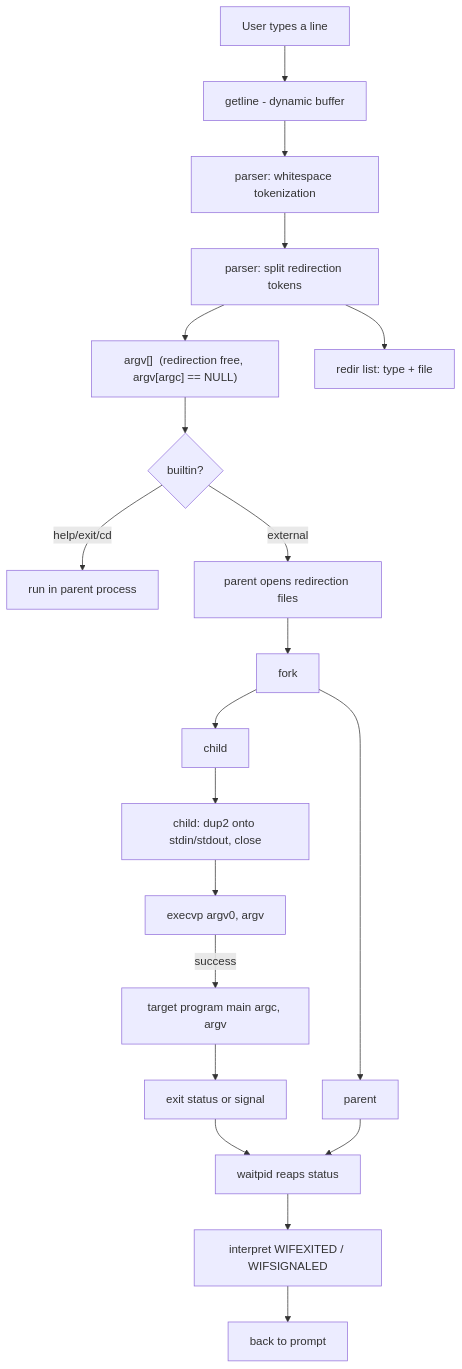
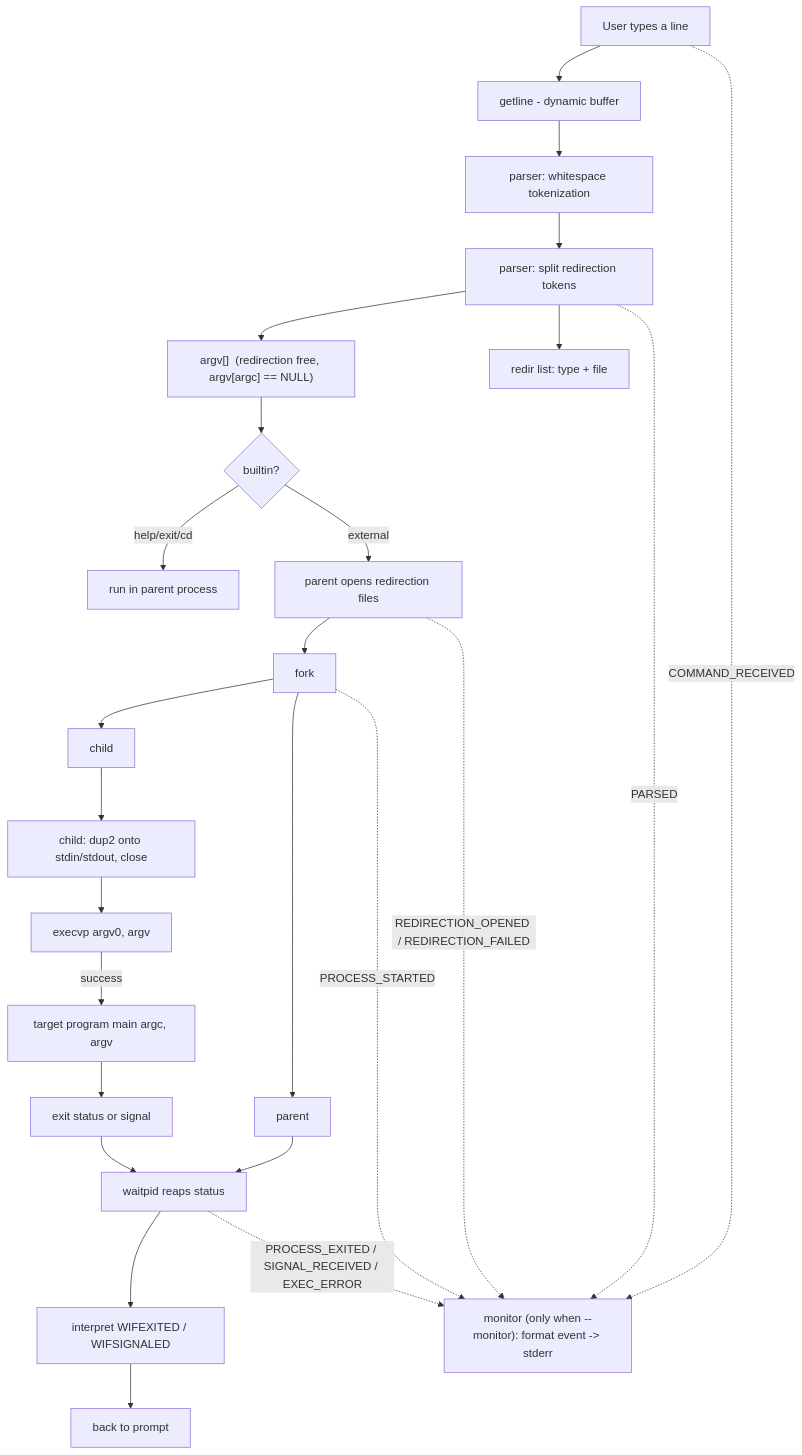
Before and after one commit to karkalashivareddy/Command-Argument-Passing-System: the diagram in docs/architecture.md, drawn with Mermaid. The commit also changed other lines of this file and 7 other files, not shown here.

````diff
--- a/docs/architecture.md
+++ b/docs/architecture.md
@@ -55,22 +60,28 @@
 ```mermaid
 flowchart TD
     U[User types a line] --> R[getline - dynamic buffer]
     R --> T[parser: whitespace tokenization]
     T --> RF[parser: split redirection tokens]
     RF --> A["argv[]  (redirection free, argv[argc] == NULL)"]
     RF --> RD["redir list: type + file"]
     A --> B{builtin?}
     B -->|help/exit/cd| BI[run in parent process]
     B -->|external| O[parent opens redirection files]
     O --> P[fork]
     P --> C[child]
     P --> PA[parent]
     C --> D[child: dup2 onto stdin/stdout, close]
     D --> E[execvp argv0, argv]
     E -->|success| TG[target program main argc, argv]
     TG --> S[exit status or signal]
     S --> W[waitpid reaps status]
     PA --> W
     W --> D2[interpret WIFEXITED / WIFSIGNALED]
     D2 --> R2[back to prompt]
+    M["monitor (only when --monitor): format event -> stderr"]
+    U -. COMMAND_RECEIVED .-> M
+    RF -. PARSED .-> M
+    O -. REDIRECTION_OPENED / REDIRECTION_FAILED .-> M
+    P -. PROCESS_STARTED .-> M
+    W -. PROCESS_EXITED / SIGNAL_RECEIVED / EXEC_ERROR .-> M
 ```
````
